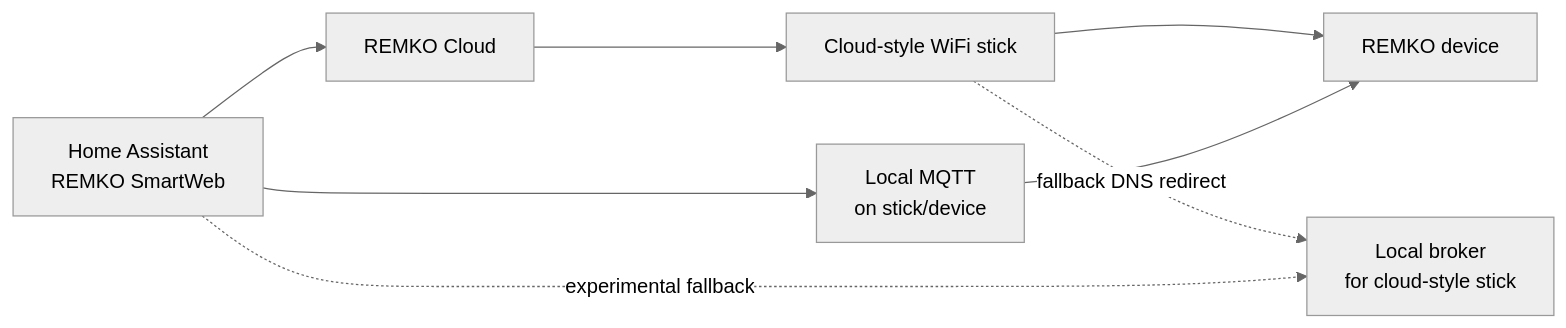
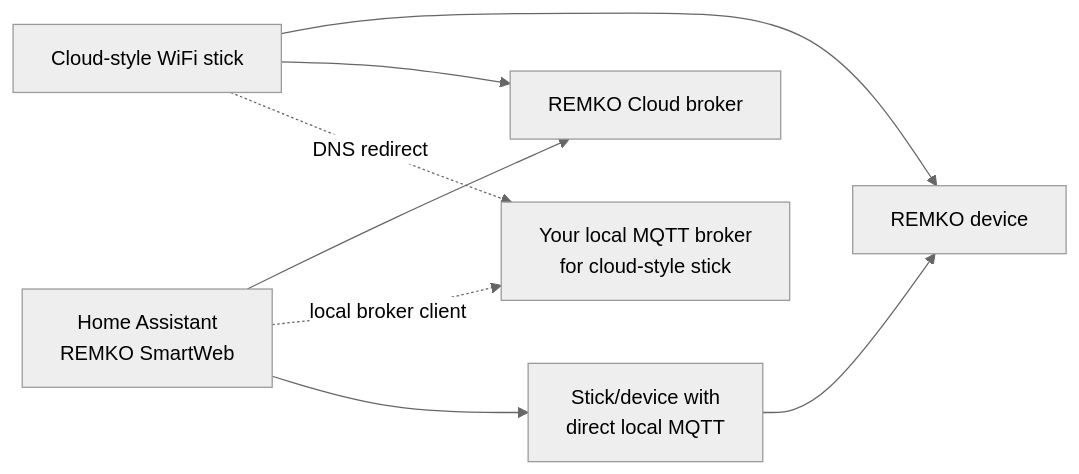
Before and after one commit to Christoph-87/remko-smartweb-ha: the diagram in README.md, drawn with Mermaid (neutral theme). The commit also changed other lines of this file and 1 other file, not shown here.

Commit message:
docs: clarify redirected cloud-style stick setup

````diff
--- a/README.md
+++ b/README.md
@@ -93,12 +92,14 @@
 ```mermaid
 flowchart LR
-  HA["Home Assistant<br/>REMKO SmartWeb"] --> Cloud["REMKO Cloud"]
-  Cloud --> Stick["Cloud-style WiFi stick"]
-  Stick --> Device["REMKO device"]
+  Device["REMKO device"]
 
-  HA --> Local["Local MQTT<br/>on stick/device"]
-  Local --> Device
+  Stick["Cloud-style WiFi stick"] --> Device
+  Stick --> Cloud["REMKO Cloud broker"]
+  HA["Home Assistant<br/>REMKO SmartWeb"] --> Cloud
 
-  Stick -. fallback DNS redirect .-> Broker["Local broker<br/>for cloud-style stick"]
-  HA -. experimental fallback .-> Broker
+  Stick -. DNS redirect .-> Broker["Your local MQTT broker<br/>for cloud-style stick"]
+  HA -. local broker client .-> Broker
+
+  Direct["Stick/device with<br/>direct local MQTT"] --> Device
+  HA --> Direct
 ```
````
